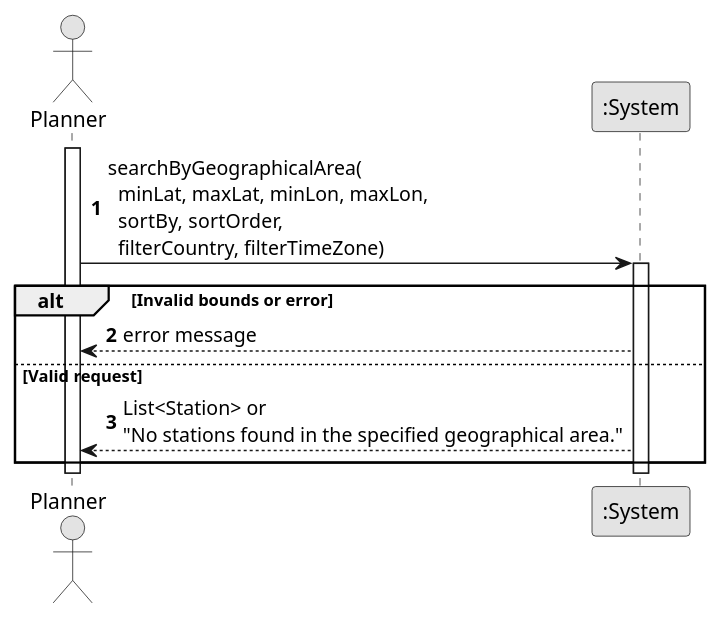
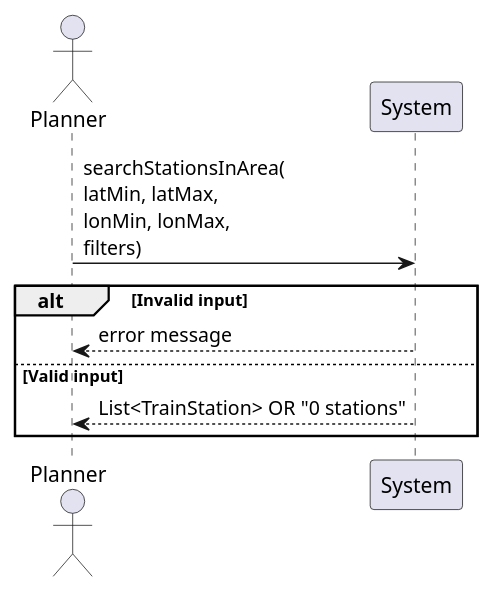
Before and after one commit to DuartePinto1240/sem3-pi-25-26-g013-repo_final: the diagram in doc/Sprint2/USEI/USEI08/requirements/puml/SSD.puml, drawn with PlantUML. The commit also changed 14 other files, not shown here.

```diff
--- a/doc/Sprint2/USEI/USEI08/requirements/puml/SSD.puml
+++ b/doc/Sprint2/USEI/USEI08/requirements/puml/SSD.puml
@@ -1,24 +1,12 @@
 @startuml
-skinparam monochrome true
-skinparam packageStyle rectangle
-skinparam shadowing false
-autonumber
+actor Planner
+participant System
 
-actor "Planner" as Planner
-participant ":System" as System
+Planner -> System : searchStationsInArea(\nlatMin, latMax,\nlonMin, lonMax,\nfilters)
 
-activate Planner
-
-Planner -> System : searchByGeographicalArea(\n  minLat, maxLat, minLon, maxLon,\n  sortBy, sortOrder,\n  filterCountry, filterTimeZone)
-activate System
-
-alt Invalid bounds or error
+alt Invalid input
     System --> Planner : error message
-else Valid request
-    System --> Planner : List<Station> or\n"No stations found in the specified geographical area."
+else Valid input
+    System --> Planner : List<TrainStation> OR "0 stations"
 end
-
-deactivate System
-deactivate Planner
-
 @enduml
```
